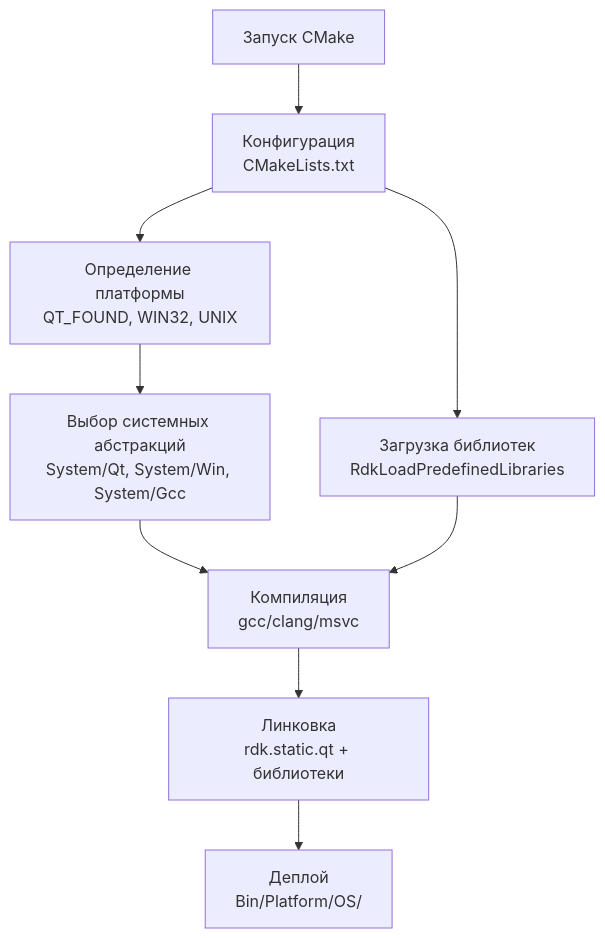
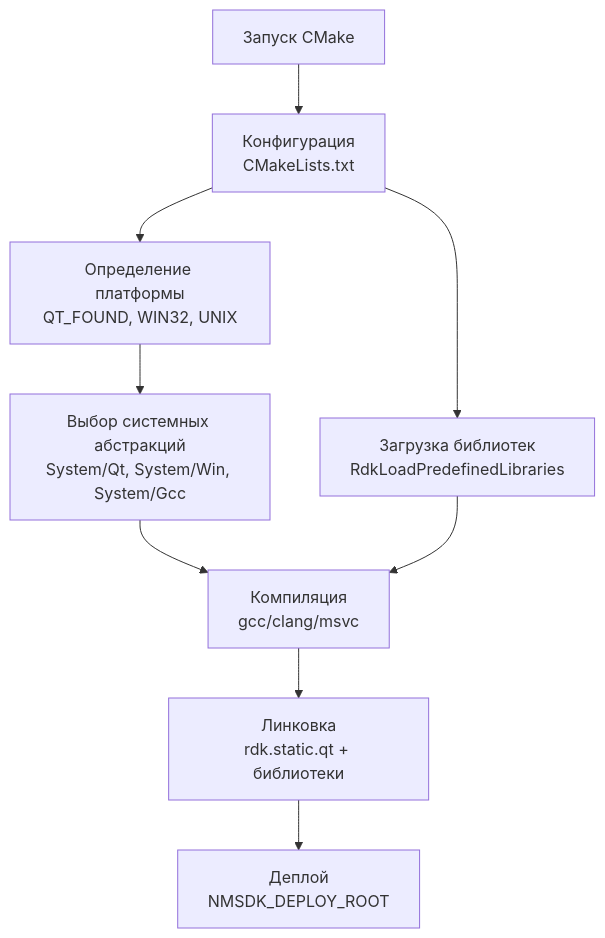
Before and after one commit to aicommunity/Nmsdk: the first of 4 diagrams in Docs/Build-And-Deploy/Build-System.md, drawn with Mermaid. The commit also changed other lines of this file and 4 other files, not shown here.

````diff
--- a/Docs/Build-And-Deploy/Build-System.md
+++ b/Docs/Build-And-Deploy/Build-System.md
@@ -49,12 +53,12 @@
 ```mermaid
 flowchart TB
     Start[Запуск CMake] --> Config["Конфигурация<br/>CMakeLists.txt"]
     Config --> Detect["Определение платформы<br/>QT_FOUND, WIN32, UNIX"]
     Detect --> SelectSys["Выбор системных абстракций<br/>System/Qt, System/Win, System/Gcc"]
     SelectSys --> Compile["Компиляция<br/>gcc/clang/msvc"]
     Compile --> Link["Линковка<br/>rdk.static.qt + библиотеки"]
-    Link --> Deploy["Деплой<br/>Bin/Platform/OS/"]
+    Link --> Deploy["Деплой<br/>NMSDK_DEPLOY_ROOT"]
     
     Config --> LoadLibs["Загрузка библиотек<br/>RdkLoadPredefinedLibraries"]
     LoadLibs --> Compile
 ```
````
